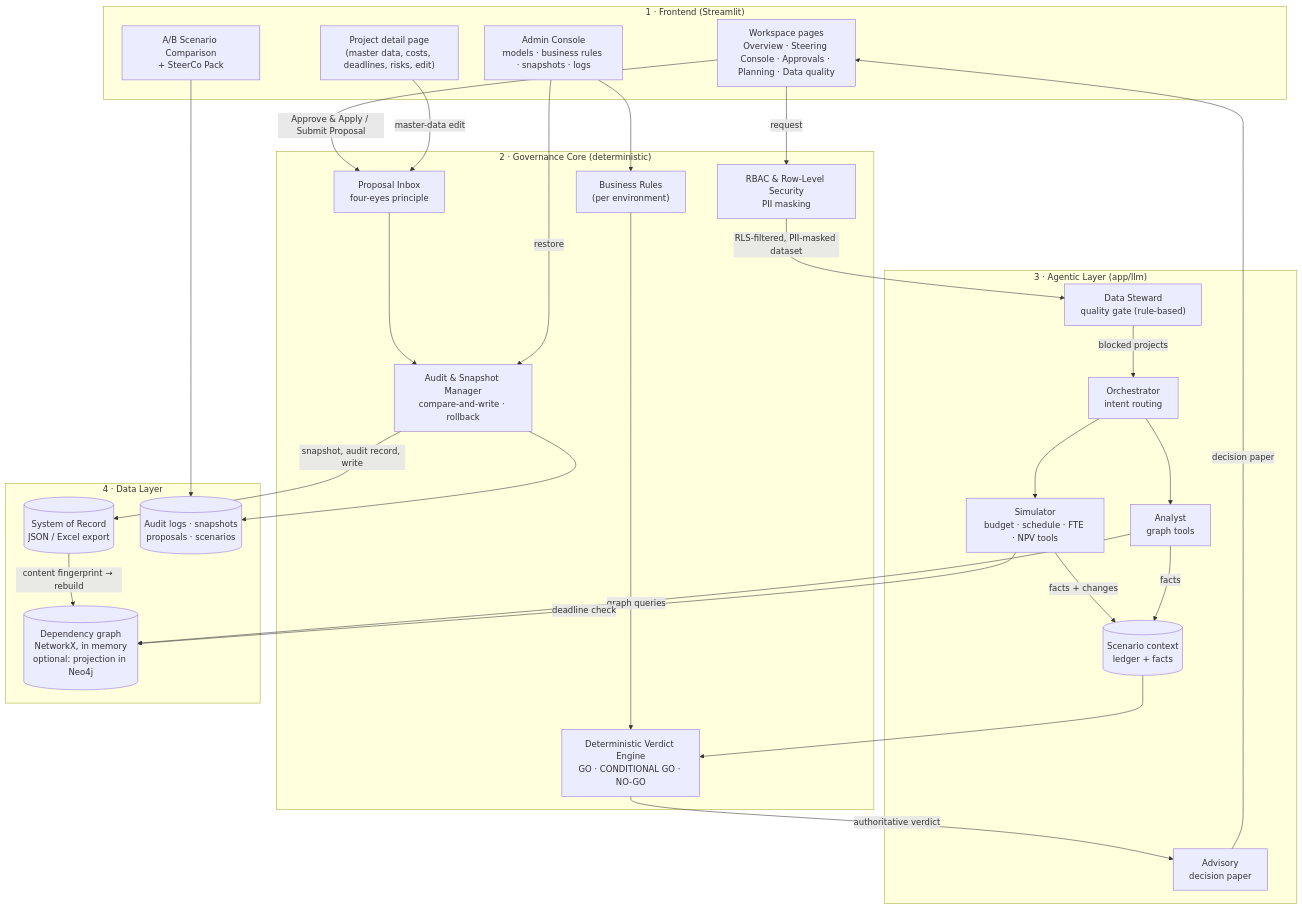
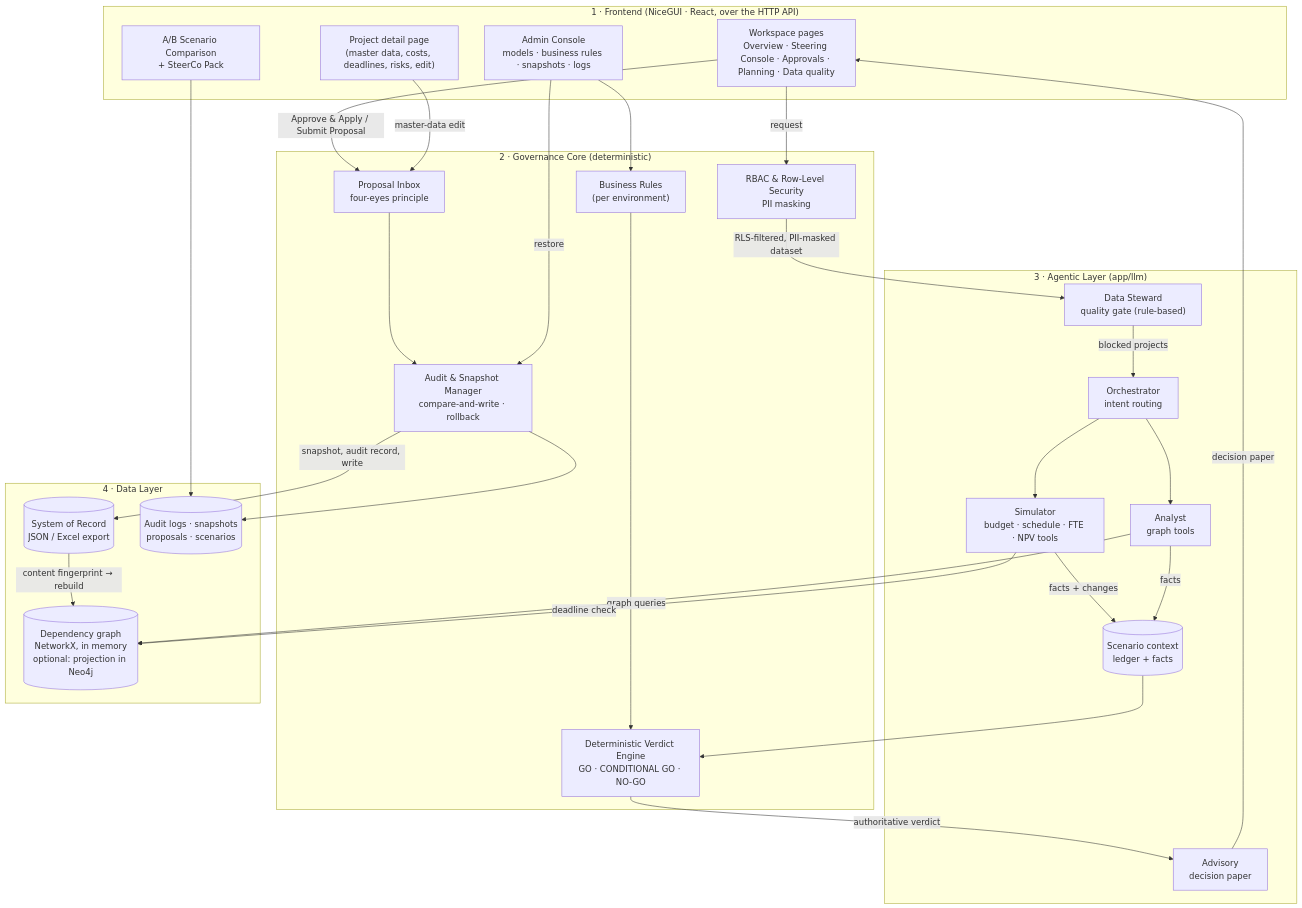
One commit to seb-nsu/DerKuratorAI changed the diagram in ARCHITECTURE.md. Above: the diagram before and after it, drawn with Mermaid. The commit also changed other lines of this file and 128 other files, not shown here.

First line of the commit message:
Remove the Streamlit front end; NiceGUI and React only (#1)

````diff
--- a/ARCHITECTURE.md
+++ b/ARCHITECTURE.md
@@ -18,55 +18,55 @@
 ```mermaid
 flowchart TB
-    subgraph FE["1 · Frontend (Streamlit)"]
+    subgraph FE["1 · Frontend (NiceGUI · React, over the HTTP API)"]
         UI["Workspace pages<br/>Overview · Steering Console · Approvals · Planning · Data quality"]
         CP["Project detail page<br/>(master data, costs, deadlines, risks, edit)"]
         AB["A/B Scenario Comparison<br/>+ SteerCo Pack"]
         ADM["Admin Console<br/>models · business rules · snapshots · logs"]
     end
 
     subgraph GC["2 · Governance Core (deterministic)"]
         RBAC["RBAC & Row-Level Security<br/>PII masking"]
         PROP["Proposal Inbox<br/>four-eyes principle"]
         VE["Deterministic Verdict Engine<br/>GO · CONDITIONAL GO · NO-GO"]
         RULES["Business Rules<br/>(per environment)"]
         AUD["Audit & Snapshot Manager<br/>compare-and-write · rollback"]
     end
 
     subgraph AL["3 · Agentic Layer (app/llm)"]
         ORC["Orchestrator<br/>intent routing"]
         DS["Data Steward<br/>quality gate (rule-based)"]
         SIM["Simulator<br/>budget · schedule · FTE · NPV tools"]
         ANA["Analyst<br/>graph tools"]
         ADV["Advisory<br/>decision paper"]
         CTX[("Scenario context<br/>ledger + facts")]
     end
 
     subgraph DL["4 · Data Layer"]
         SOR[("System of Record<br/>JSON / Excel export")]
         KZ[("Dependency graph<br/>NetworkX, in memory<br/>optional: projection in Neo4j")]
         LOGS[("Audit logs · snapshots<br/>proposals · scenarios")]
     end
 
     UI -->|request| RBAC
     RBAC -->|RLS-filtered, PII-masked dataset| DS
     DS -->|blocked projects| ORC
     ORC --> SIM
     ORC --> ANA
     SIM -->|facts + changes| CTX
     ANA -->|facts| CTX
     ANA -->|graph queries| KZ
     SIM -->|deadline check| KZ
     CTX --> VE
     RULES --> VE
     VE -->|authoritative verdict| ADV
     ADV -->|decision paper| UI
     UI -->|Approve & Apply / Submit Proposal| PROP
     CP -->|master-data edit| PROP
     PROP --> AUD
     AUD -->|snapshot, audit record, write| SOR
     AUD --> LOGS
     SOR -->|content fingerprint → rebuild| KZ
     ADM --> RULES
     ADM -->|restore| AUD
     AB --> LOGS
 ```
````
